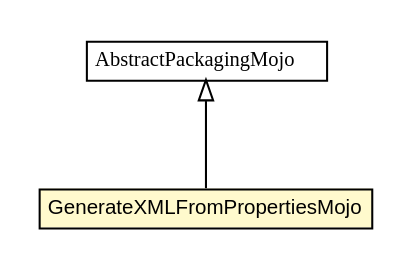
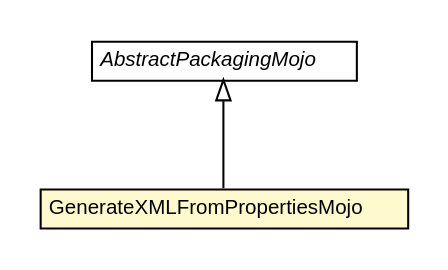
One commit to fastconnect/tibco-factory changed the diagram in bw-maven-plugin/apidocs/fr/fastconnect/factory/tibco/bw/maven/packaging/GenerateXMLFromPropertiesMojo.dot. Above: the diagram before and after it, drawn with Graphviz. The commit also changed 380 other files, not shown here.

```diff
--- a/bw-maven-plugin/apidocs/fr/fastconnect/factory/tibco/bw/maven/packaging/GenerateXMLFromPropertiesMojo.dot
+++ b/bw-maven-plugin/apidocs/fr/fastconnect/factory/tibco/bw/maven/packaging/GenerateXMLFromPropertiesMojo.dot
@@ -1,26 +1,26 @@
 #!/usr/local/bin/dot
 #
 # Class diagram 
 # Generated by UMLGraph version R5_6-24-gf6e263 (http://www.umlgraph.org/)
 #
 
 digraph G {
-	edge [fontname="arial",fontsize=10,labelfontname="arial",labelfontsize=10];
-	node [fontname="arial",fontsize=10,shape=plaintext];
+	edge [fontname="Helvetica",fontsize=10,labelfontname="Helvetica",labelfontsize=10];
+	node [fontname="Helvetica",fontsize=10,shape=plaintext];
 	nodesep=0.25;
 	ranksep=0.5;
 	// fr.fastconnect.factory.tibco.bw.maven.packaging.GenerateXMLFromPropertiesMojo
-	c2696 [label=<<table title="fr.fastconnect.factory.tibco.bw.maven.packaging.GenerateXMLFromPropertiesMojo" border="0" cellborder="1" cellspacing="0" cellpadding="2" port="p" bgcolor="lemonChiffon" href="./GenerateXMLFromPropertiesMojo.html">
+	c2834 [label=<<table title="fr.fastconnect.factory.tibco.bw.maven.packaging.GenerateXMLFromPropertiesMojo" border="0" cellborder="1" cellspacing="0" cellpadding="2" port="p" bgcolor="lemonChiffon" href="./GenerateXMLFromPropertiesMojo.html">
 		<tr><td><table border="0" cellspacing="0" cellpadding="1">
 <tr><td align="center" balign="center"> GenerateXMLFromPropertiesMojo </td></tr>
 		</table></td></tr>
-		</table>>, URL="./GenerateXMLFromPropertiesMojo.html", fontname="arial", fontcolor="black", fontsize=10.0];
+		</table>>, URL="./GenerateXMLFromPropertiesMojo.html", fontname="Helvetica", fontcolor="black", fontsize=10.0];
 	// fr.fastconnect.factory.tibco.bw.maven.packaging.AbstractPackagingMojo
-	c2703 [label=<<table title="fr.fastconnect.factory.tibco.bw.maven.packaging.AbstractPackagingMojo" border="0" cellborder="1" cellspacing="0" cellpadding="2" port="p" href="./AbstractPackagingMojo.html">
+	c2841 [label=<<table title="fr.fastconnect.factory.tibco.bw.maven.packaging.AbstractPackagingMojo" border="0" cellborder="1" cellspacing="0" cellpadding="2" port="p" href="./AbstractPackagingMojo.html">
 		<tr><td><table border="0" cellspacing="0" cellpadding="1">
-<tr><td align="center" balign="center"><font face="arial italic"> AbstractPackagingMojo </font></td></tr>
+<tr><td align="center" balign="center"><font face="Helvetica-Oblique"> AbstractPackagingMojo </font></td></tr>
 		</table></td></tr>
-		</table>>, URL="./AbstractPackagingMojo.html", fontname="arial", fontcolor="black", fontsize=10.0];
+		</table>>, URL="./AbstractPackagingMojo.html", fontname="Helvetica", fontcolor="black", fontsize=10.0];
 	//fr.fastconnect.factory.tibco.bw.maven.packaging.GenerateXMLFromPropertiesMojo extends fr.fastconnect.factory.tibco.bw.maven.packaging.AbstractPackagingMojo
-	c2703:p -> c2696:p [dir=back,arrowtail=empty];
+	c2841:p -> c2834:p [dir=back,arrowtail=empty];
 }
```
